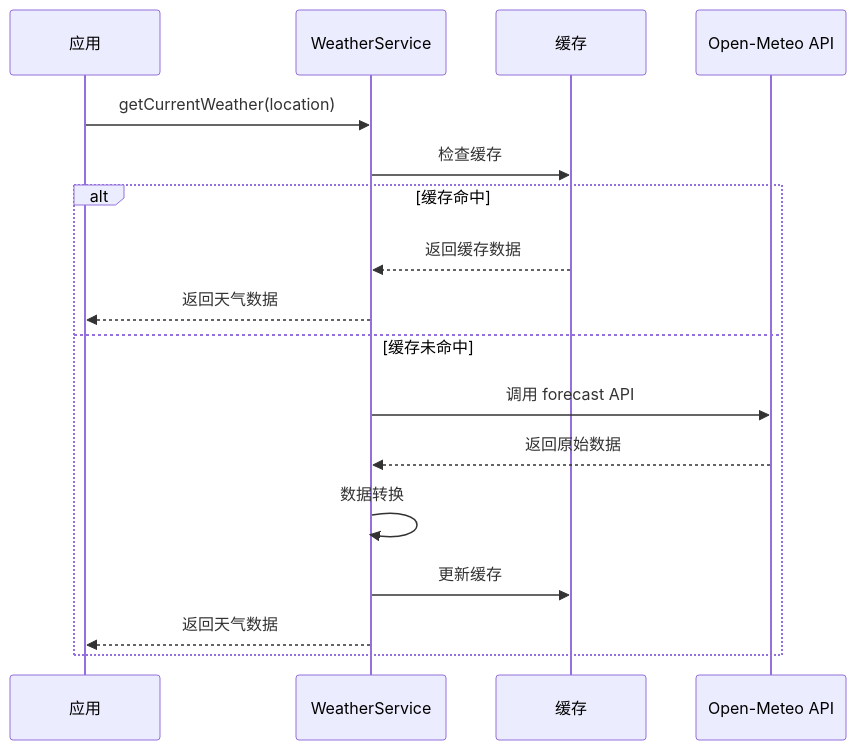
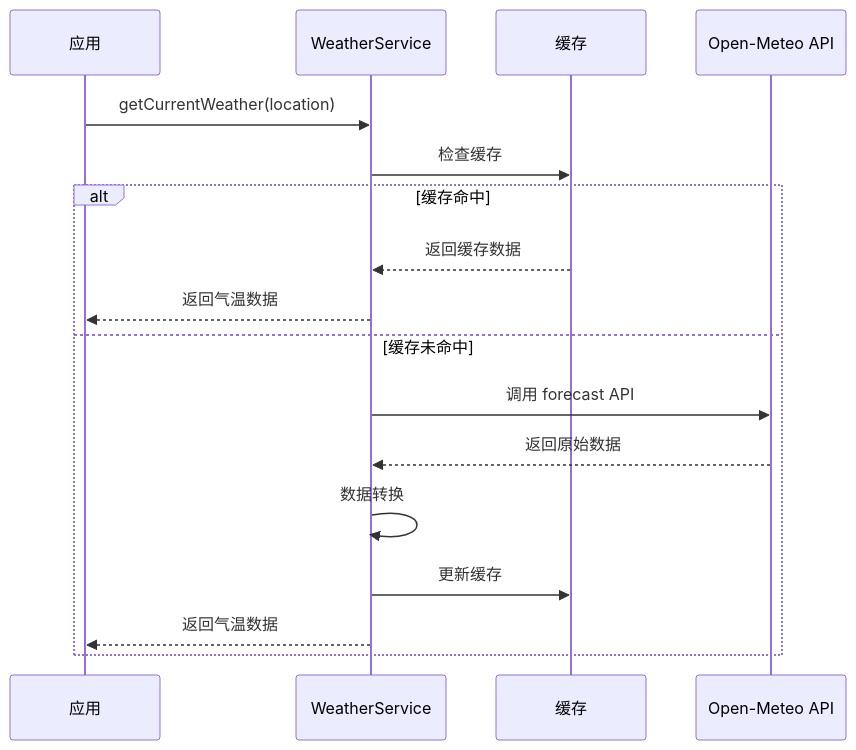
Before and after one commit to pipi32167/historical_weather: the second of 11 diagrams in docs/API_DOCUMENTATION.md, drawn with Mermaid. The commit also changed other lines of this file and 39 other files, not shown here.

````diff
--- a/docs/API_DOCUMENTATION.md
+++ b/docs/API_DOCUMENTATION.md
@@ -67,21 +67,21 @@
 ```mermaid
 sequenceDiagram
     participant App as 应用
     participant Service as WeatherService
     participant Cache as 缓存
     participant API as Open-Meteo API
     
     App->>Service: getCurrentWeather(location)
     Service->>Cache: 检查缓存
     
     alt 缓存命中
         Cache-->>Service: 返回缓存数据
-        Service-->>App: 返回天气数据
+        Service-->>App: 返回气温数据
     else 缓存未命中
         Service->>API: 调用 forecast API
         API-->>Service: 返回原始数据
         Service->>Service: 数据转换
         Service->>Cache: 更新缓存
-        Service-->>App: 返回天气数据
+        Service-->>App: 返回气温数据
     end
 ```
````
